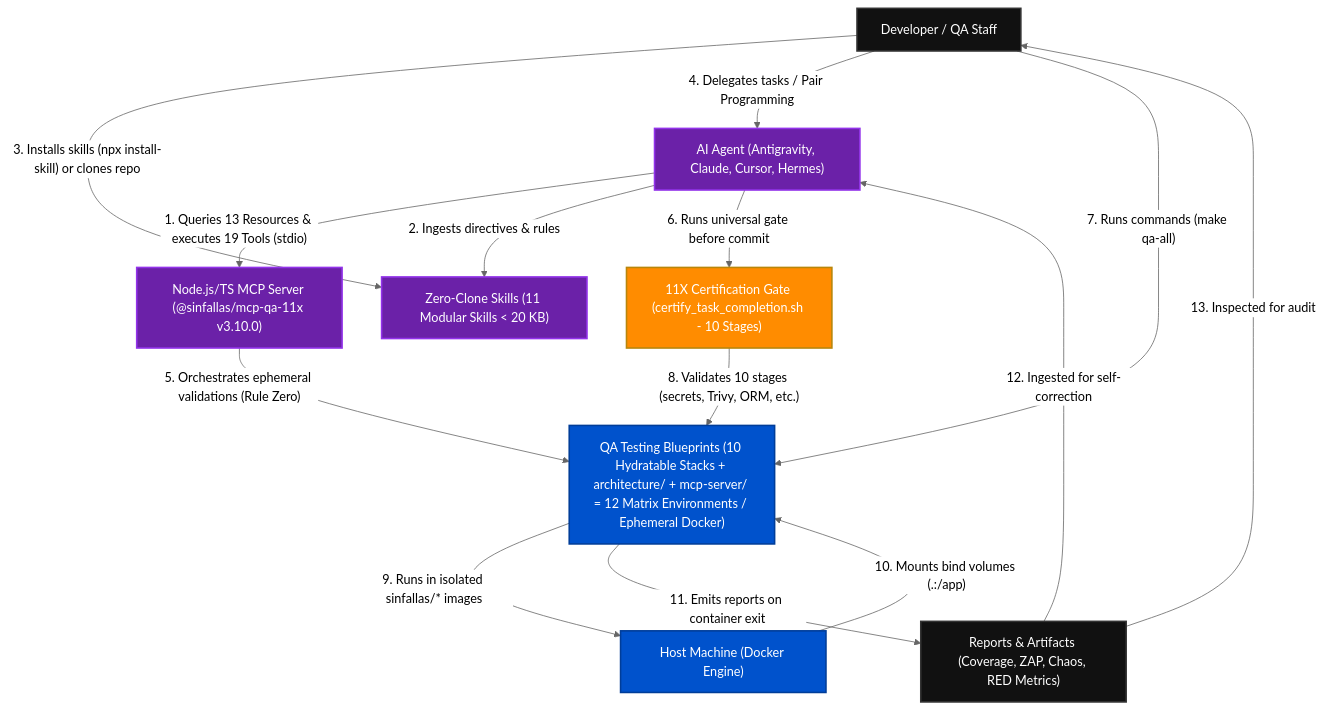
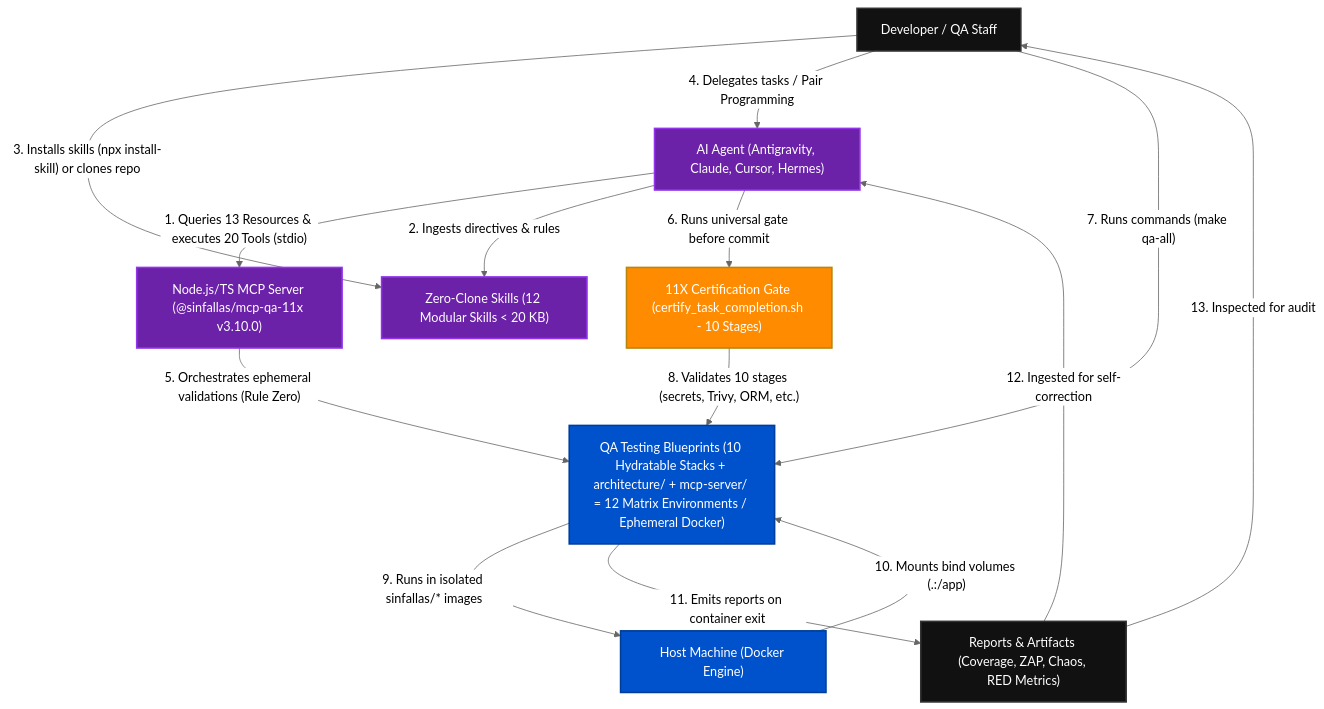
The first of 3 diagrams in docs/ARCHITECTURE_C4.md (tecno-consultores/qa-testing-blueprints), drawn with Mermaid (neutral theme) before and after one commit. The commit also changed 86 other files, not shown here.

First line of the commit message:
feat(mcp): add analyze_ecosystem_specs tool #20 and qa-11x-reverse-specs skill #12

````diff
--- a/docs/ARCHITECTURE_C4.md
+++ b/docs/ARCHITECTURE_C4.md
@@ -12,33 +12,33 @@
 ```mermaid
 flowchart TD
     Human["Developer / QA Staff"]
     Agent["AI Agent (Antigravity, Claude, Cursor, Hermes)"]
     MCP["Node.js/TS MCP Server (@sinfallas/mcp-qa-11x v3.10.0)"]
-    Skill["Zero-Clone Skills (11 Modular Skills < 20 KB)"]
+    Skill["Zero-Clone Skills (12 Modular Skills < 20 KB)"]
     Gate["11X Certification Gate (certify_task_completion.sh - 10 Stages)"]
     QA["QA Testing Blueprints (10 Hydratable Stacks + architecture/ + mcp-server/ = 12 Matrix Environments / Ephemeral Docker)"]
     Host["Host Machine (Docker Engine)"]
     Reports["Reports & Artifacts (Coverage, ZAP, Chaos, RED Metrics)"]
 
-    Agent -->|"1. Queries 13 Resources & executes 19 Tools (stdio)"| MCP
+    Agent -->|"1. Queries 13 Resources & executes 20 Tools (stdio)"| MCP
     Agent -->|"2. Ingests directives & rules"| Skill
     Human -->|"3. Installs skills (npx install-skill) or clones repo"| Skill
     Human -->|"4. Delegates tasks / Pair Programming"| Agent
     MCP -->|"5. Orchestrates ephemeral validations (Rule Zero)"| QA
     Agent -->|"6. Runs universal gate before commit"| Gate
     Human -->|"7. Runs commands (make qa-all)"| QA
     Gate -->|"8. Validates 10 stages (secrets, Trivy, ORM, etc.)"| QA
     QA -->|"9. Runs in isolated sinfallas/* images"| Host
     Host -->|"10. Mounts bind volumes (.:/app)"| QA
     QA -->|"11. Emits reports on container exit"| Reports
     Reports -->|"12. Ingested for self-correction"| Agent
     Reports -->|"13. Inspected for audit"| Human
 
     classDef default fill:#111,stroke:#333,stroke-width:2px,color:#fff;
     classDef highlight fill:#0052cc,stroke:#003d99,stroke-width:2px,color:#fff;
     classDef barrier fill:#ff8c00,stroke:#b8860b,stroke-width:2px,color:#fff;
     classDef ai fill:#6b21a8,stroke:#9333ea,stroke-width:2px,color:#fff;
     class QA,Host highlight;
     class Gate barrier;
     class Agent,MCP,Skill ai;
 ```
````
